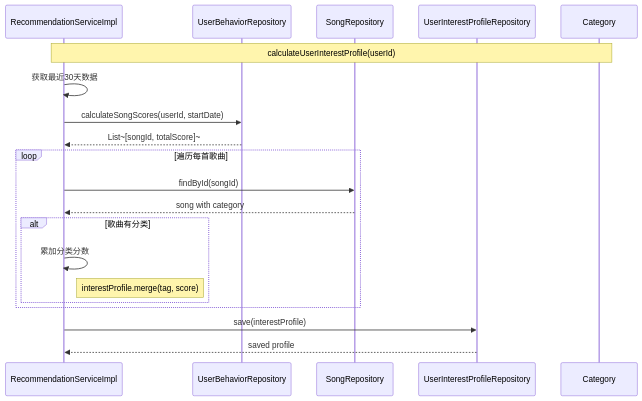
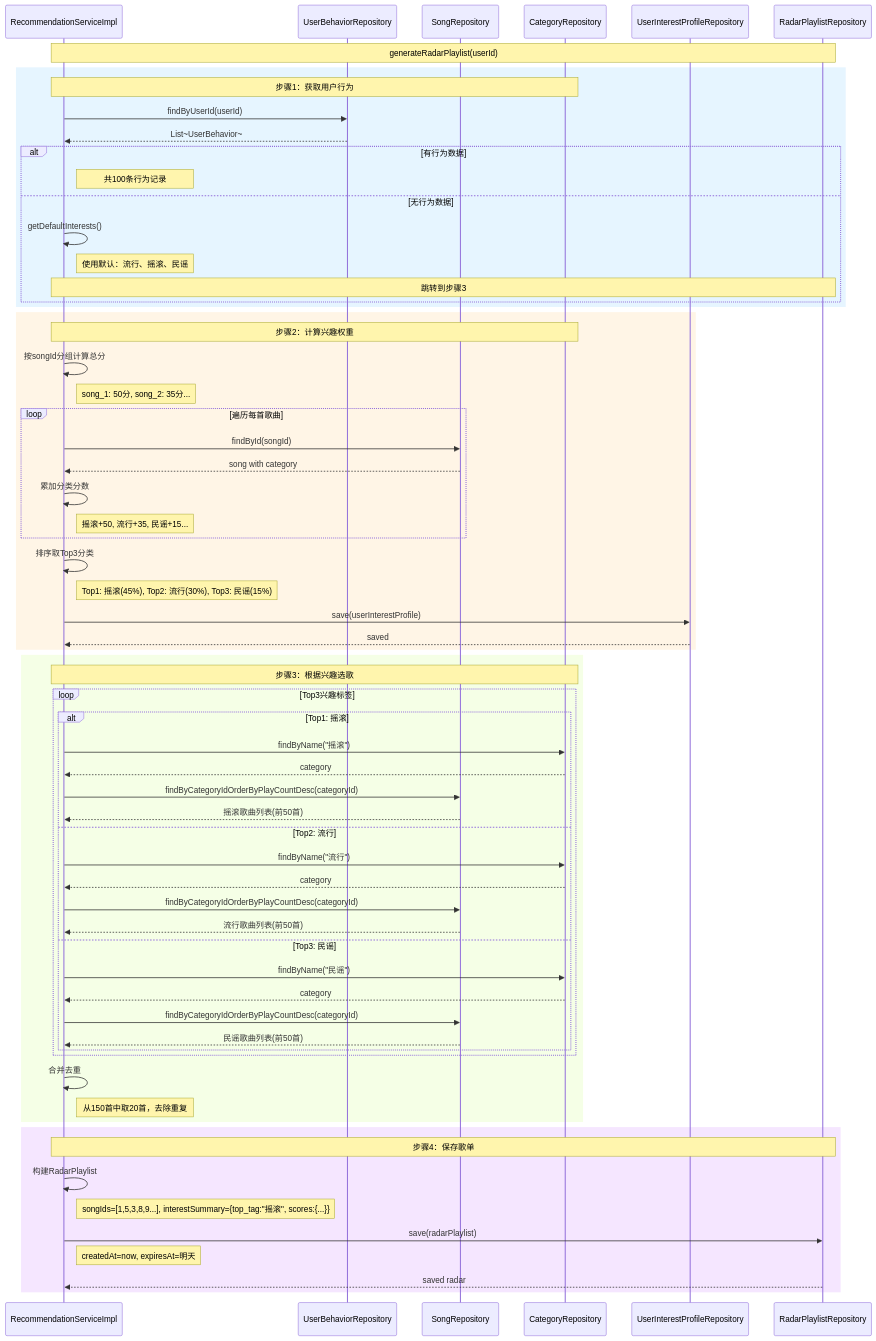
One commit to kewangzhen/fly-music changed diagram 11 of 34 in doc/类图与时序图.md. Above: the diagram before and after it, drawn with Mermaid. The commit also changed other lines of this file and 13 other files, not shown here.

First line of the commit message:
feat: 添加Docker部署文件、热门榜单类图时序图细化及ACE-Step服务更新

````diff
--- a/doc/类图与时序图.md
+++ b/doc/类图与时序图.md
@@ -494,26 +588,78 @@
 ```mermaid
 sequenceDiagram
     participant RecommendationServiceImpl
     participant UserBehaviorRepository
     participant SongRepository
+    participant CategoryRepository
     participant UserInterestProfileRepository
-    participant Category
+    participant RadarPlaylistRepository
 
-    Note over RecommendationServiceImpl,Category: calculateUserInterestProfile(userId)
+    Note over RecommendationServiceImpl,RadarPlaylistRepository: generateRadarPlaylist(userId)
 
-    RecommendationServiceImpl->>RecommendationServiceImpl: 获取最近30天数据
-    RecommendationServiceImpl->>UserBehaviorRepository: calculateSongScores(userId, startDate)
-    UserBehaviorRepository-->>RecommendationServiceImpl: List~[songId, totalScore]~
-
-    loop 遍历每首歌曲
-        RecommendationServiceImpl->>SongRepository: findById(songId)
-        SongRepository-->>RecommendationServiceImpl: song with category
-        alt 歌曲有分类
-            RecommendationServiceImpl->>RecommendationServiceImpl: 累加分类分数
-            Note right of RecommendationServiceImpl: interestProfile.merge(tag, score)
+    rect rgb(230, 245, 255)
+        Note over RecommendationServiceImpl,CategoryRepository: 步骤1：获取用户行为
+        RecommendationServiceImpl->>UserBehaviorRepository: findByUserId(userId)
+        UserBehaviorRepository-->>RecommendationServiceImpl: List~UserBehavior~
+        
+        alt 有行为数据
+            Note right of RecommendationServiceImpl: 共100条行为记录
+        else 无行为数据
+            RecommendationServiceImpl->>RecommendationServiceImpl: getDefaultInterests()
+            Note right of RecommendationServiceImpl: 使用默认：流行、摇滚、民谣
+            Note over RecommendationServiceImpl,RadarPlaylistRepository: 跳转到步骤3
         end
     end
 
-    RecommendationServiceImpl->>UserInterestProfileRepository: save(interestProfile)
-    UserInterestProfileRepository-->>RecommendationServiceImpl: saved profile
+    rect rgb(255, 245, 230)
+        Note over RecommendationServiceImpl,CategoryRepository: 步骤2：计算兴趣权重
+        RecommendationServiceImpl->>RecommendationServiceImpl: 按songId分组计算总分
+        Note right of RecommendationServiceImpl: song_1: 50分, song_2: 35分...
+        
+        loop 遍历每首歌曲
+            RecommendationServiceImpl->>SongRepository: findById(songId)
+            SongRepository-->>RecommendationServiceImpl: song with category
+            RecommendationServiceImpl->>RecommendationServiceImpl: 累加分类分数
+            Note right of RecommendationServiceImpl: 摇滚+50, 流行+35, 民谣+15...
+        end
+        
+        RecommendationServiceImpl->>RecommendationServiceImpl: 排序取Top3分类
+        Note right of RecommendationServiceImpl: Top1: 摇滚(45%), Top2: 流行(30%), Top3: 民谣(15%)
+        
+        RecommendationServiceImpl->>UserInterestProfileRepository: save(userInterestProfile)
+        UserInterestProfileRepository-->>RecommendationServiceImpl: saved
+    end
+
+    rect rgb(245, 255, 230)
+        Note over RecommendationServiceImpl,CategoryRepository: 步骤3：根据兴趣选歌
+        loop Top3兴趣标签
+            alt Top1: 摇滚
+                RecommendationServiceImpl->>CategoryRepository: findByName("摇滚")
+                CategoryRepository-->>RecommendationServiceImpl: category
+                RecommendationServiceImpl->>SongRepository: findByCategoryIdOrderByPlayCountDesc(categoryId)
+                SongRepository-->>RecommendationServiceImpl: 摇滚歌曲列表(前50首)
+            else Top2: 流行
+                RecommendationServiceImpl->>CategoryRepository: findByName("流行")
+                CategoryRepository-->>RecommendationServiceImpl: category
+                RecommendationServiceImpl->>SongRepository: findByCategoryIdOrderByPlayCountDesc(categoryId)
+                SongRepository-->>RecommendationServiceImpl: 流行歌曲列表(前50首)
+            else Top3: 民谣
+                RecommendationServiceImpl->>CategoryRepository: findByName("民谣")
+                CategoryRepository-->>RecommendationServiceImpl: category
+                RecommendationServiceImpl->>SongRepository: findByCategoryIdOrderByPlayCountDesc(categoryId)
+                SongRepository-->>RecommendationServiceImpl: 民谣歌曲列表(前50首)
+            end
+        end
+        
+        RecommendationServiceImpl->>RecommendationServiceImpl: 合并去重
+        Note right of RecommendationServiceImpl: 从150首中取20首，去除重复
+    end
+
+    rect rgb(245, 230, 255)
+        Note over RecommendationServiceImpl,RadarPlaylistRepository: 步骤4：保存歌单
+        RecommendationServiceImpl->>RecommendationServiceImpl: 构建RadarPlaylist
+        Note right of RecommendationServiceImpl: songIds=[1,5,3,8,9...], interestSummary={top_tag:"摇滚", scores:{...}}
+        RecommendationServiceImpl->>RadarPlaylistRepository: save(radarPlaylist)
+        Note right of RecommendationServiceImpl: createdAt=now, expiresAt=明天
+        RadarPlaylistRepository-->>RecommendationServiceImpl: saved radar
+    end
 ```
````
